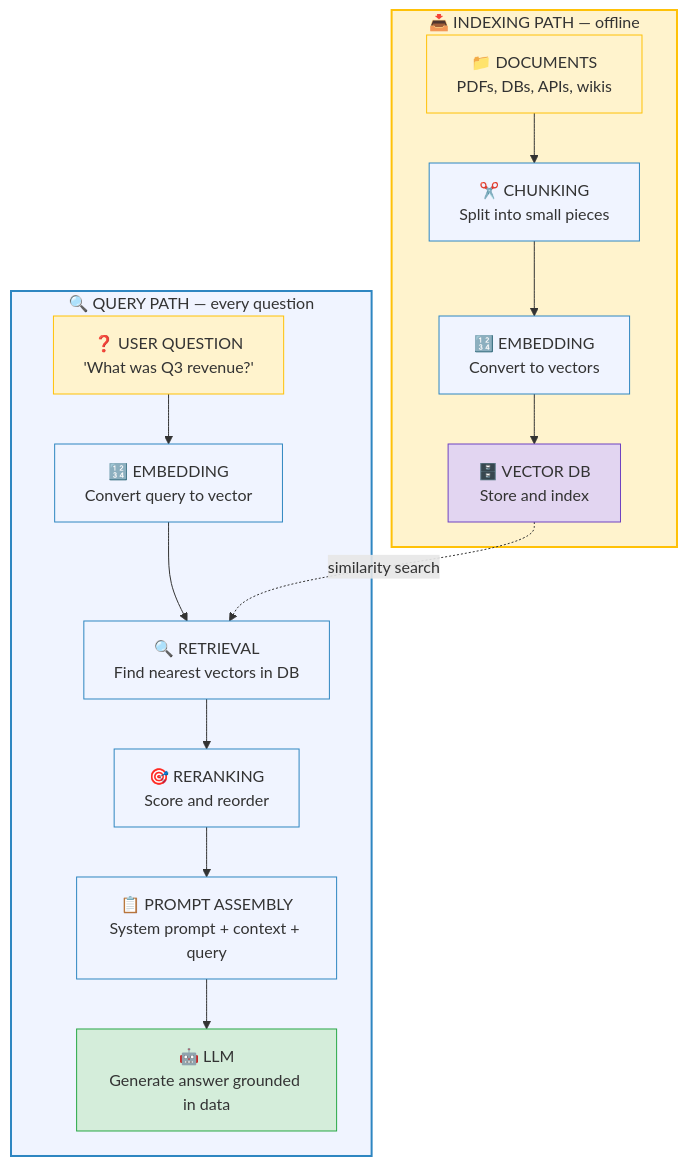
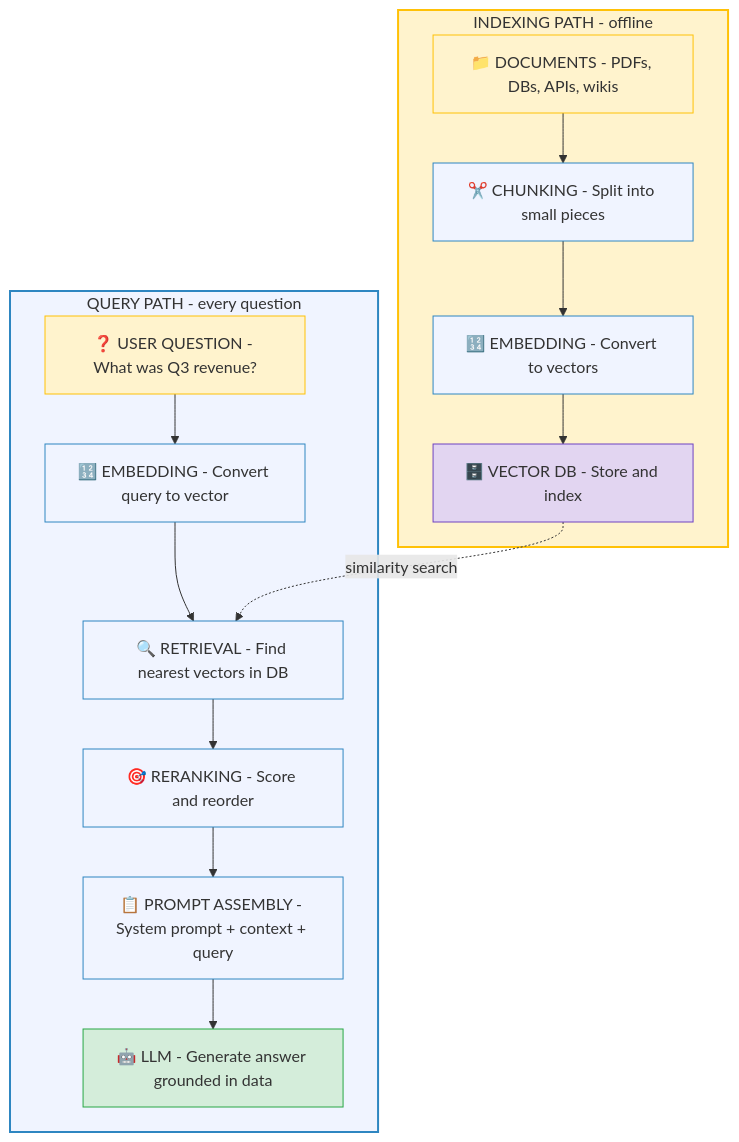
One commit to ithinktavo/GenAI-Engineering-Handbook changed the first of 10 diagrams in docs/04-rag-deep-dive.md. Above: the diagram before and after it, drawn with Mermaid. The commit also changed other lines of this file and 9 other files, not shown here.

First line of the commit message:
Fix Mermaid rendering: remove emoji from subgraph titles and unsupported syntax

````diff
--- a/docs/04-rag-deep-dive.md
+++ b/docs/04-rag-deep-dive.md
@@ -19,35 +19,35 @@
 ```mermaid
 graph TD
-    subgraph INDEX["📥 INDEXING PATH — offline"]
-        D1["📁 DOCUMENTS\nPDFs, DBs, APIs, wikis"]
-        D2["✂️ CHUNKING\nSplit into small pieces"]
-        D3["🔢 EMBEDDING\nConvert to vectors"]
-        D4["🗄️ VECTOR DB\nStore and index"]
+    subgraph INDEX["INDEXING PATH - offline"]
+        D1["📁 DOCUMENTS - PDFs, DBs, APIs, wikis"]
+        D2["✂️ CHUNKING - Split into small pieces"]
+        D3["🔢 EMBEDDING - Convert to vectors"]
+        D4["🗄️ VECTOR DB - Store and index"]
         D1 --> D2 --> D3 --> D4
     end
 
-    subgraph QUERY["🔍 QUERY PATH — every question"]
-        Q1["❓ USER QUESTION\n'What was Q3 revenue?'"]
-        Q2["🔢 EMBEDDING\nConvert query to vector"]
-        Q3["🔍 RETRIEVAL\nFind nearest vectors in DB"]
-        Q4["🎯 RERANKING\nScore and reorder"]
-        Q5["📋 PROMPT ASSEMBLY\nSystem prompt + context + query"]
-        Q6["🤖 LLM\nGenerate answer grounded in data"]
+    subgraph QUERY["QUERY PATH - every question"]
+        Q1["❓ USER QUESTION - What was Q3 revenue?"]
+        Q2["🔢 EMBEDDING - Convert query to vector"]
+        Q3["🔍 RETRIEVAL - Find nearest vectors in DB"]
+        Q4["🎯 RERANKING - Score and reorder"]
+        Q5["📋 PROMPT ASSEMBLY - System prompt + context + query"]
+        Q6["🤖 LLM - Generate answer grounded in data"]
         Q1 --> Q2 --> Q3 --> Q4 --> Q5 --> Q6
     end
 
     D4 -.->|similarity search| Q3
 
     style INDEX fill:#fff3cd,stroke:#ffc107,stroke-width:2px
     style QUERY fill:#f0f4ff,stroke:#2E86C1,stroke-width:2px
     style D1 fill:#fff3cd,stroke:#ffc107
     style D2 fill:#f0f4ff,stroke:#2E86C1
     style D3 fill:#f0f4ff,stroke:#2E86C1
     style D4 fill:#e2d5f1,stroke:#6f42c1
     style Q1 fill:#fff3cd,stroke:#ffc107
     style Q2 fill:#f0f4ff,stroke:#2E86C1
     style Q3 fill:#f0f4ff,stroke:#2E86C1
     style Q4 fill:#f0f4ff,stroke:#2E86C1
     style Q5 fill:#f0f4ff,stroke:#2E86C1
     style Q6 fill:#d4edda,stroke:#28a745
 ```
````
